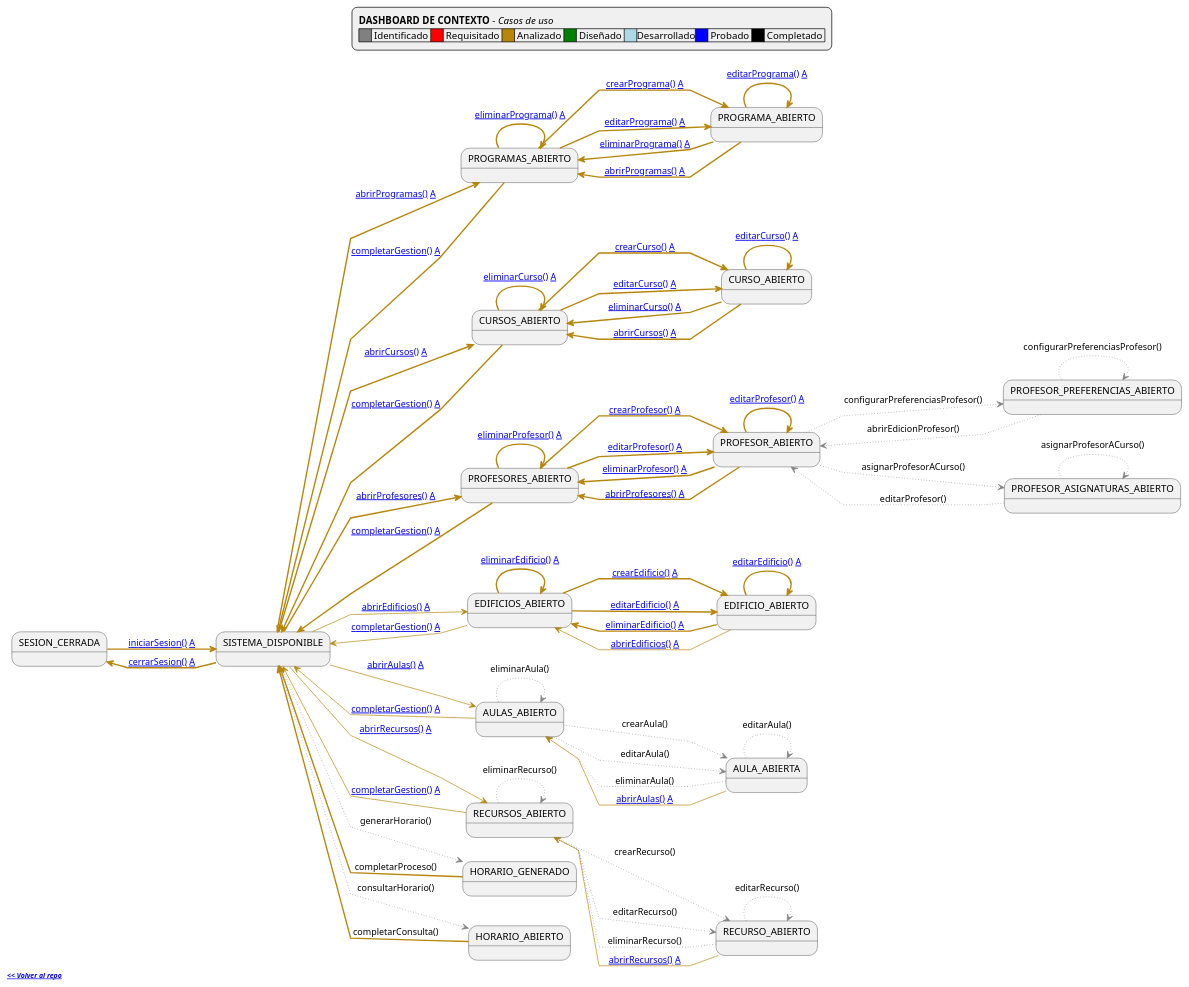
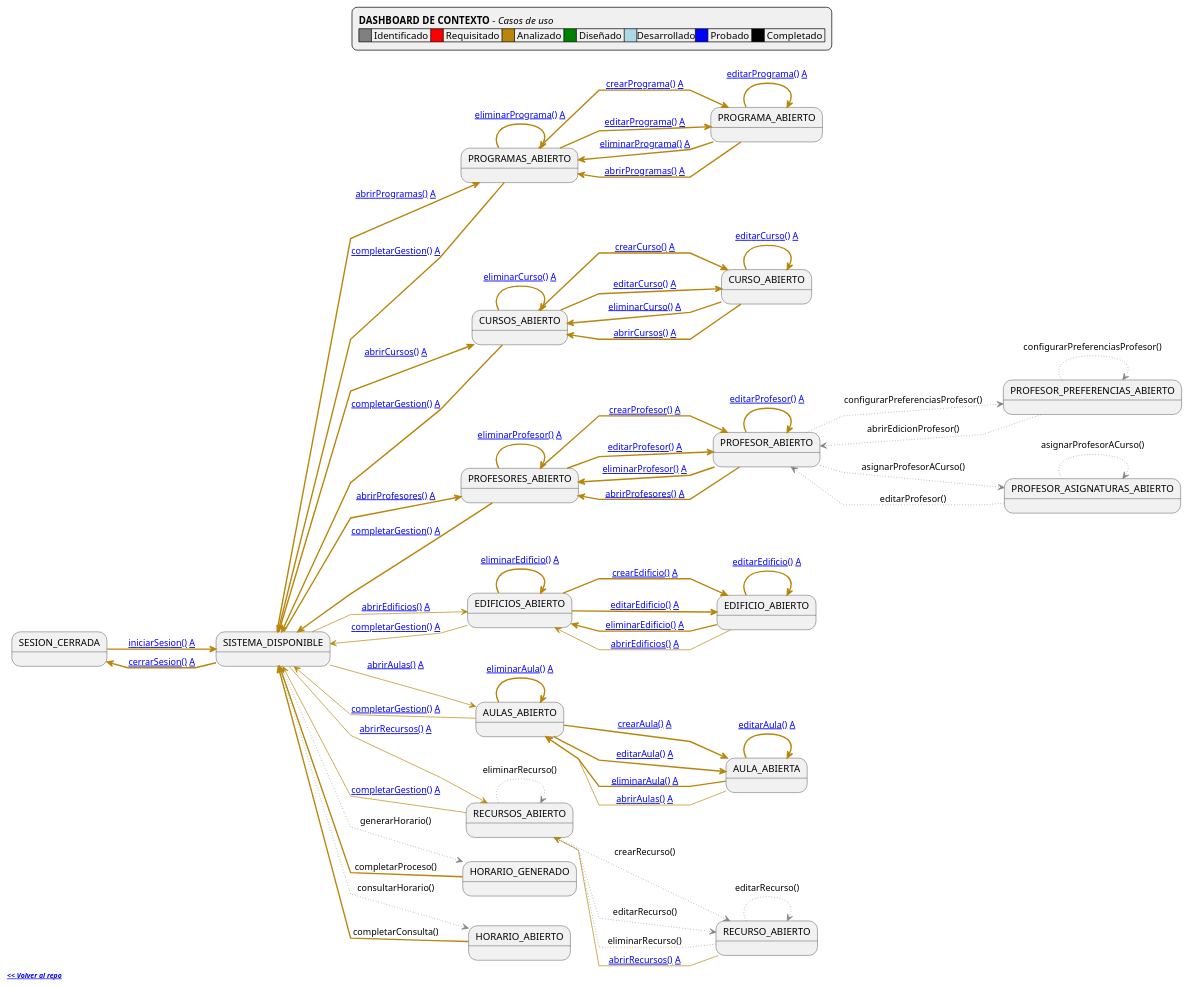
The diagram in RUP/99-seguimiento/diagrama-contexto-administrador.puml (Hexcss/scheduler), drawn with PlantUML before and after one commit. The commit also changed 1 other file, not shown here.

Commit message:
fix(dashboard): actualizar diagrama de contexto con hilo Aulas completado
- Actualizar transiciones del hilo Aulas de gris a #darkgoldenrod,bold
- Agregar enlaces absolutos completos para navegación GitHub
- Mantener consistencia visual con patrón establecido en hilo Edificios
- SVG regenerado para dashboard visual actualizado

🤖 Generated with [Claude Code](https://claude.ai/code)

```diff
--- a/RUP/99-seguimiento/diagrama-contexto-administrador.puml
+++ b/RUP/99-seguimiento/diagrama-contexto-administrador.puml
@@ -92,11 +92,11 @@
 EditEdificio -[#darkgoldenrod,bold]-> EditEdificio: [[https://github.com/mmasias/pySigHor/blob/main/RUP/00-casos-uso/02-detalle/editarEdificio/README.md editarEdificio()]] [[https://github.com/mmasias/pySigHor/blob/main/RUP/01-analisis/casos-uso/editarEdificio/README.md A]]
 EditEdificio -[#darkgoldenrod,bold]-> ListEdificios: [[https://github.com/mmasias/pySigHor/blob/main/RUP/00-casos-uso/02-detalle/eliminarEdificio/README.md eliminarEdificio()]] [[https://github.com/mmasias/pySigHor/blob/main/RUP/01-analisis/casos-uso/eliminarEdificio/README.md A]]
 EditEdificio -[#darkgoldenrod]-> ListEdificios: [[https://github.com/mmasias/pySigHor/blob/main/RUP/00-casos-uso/02-detalle/abrirEdificios/README.md abrirEdificios()]] [[https://github.com/mmasias/pySigHor/blob/main/RUP/01-analisis/casos-uso/abrirEdificios/README.md A]]
-ListAulas -[#gray,dotted]-> EditAula: crearAula()
-ListAulas -[#gray,dotted]-> EditAula: editarAula()
-ListAulas -[#gray,dotted]-> ListAulas: eliminarAula()
-EditAula -[#gray,dotted]-> EditAula: editarAula()
-EditAula -[#gray,dotted]-> ListAulas: eliminarAula()
+ListAulas -[#darkgoldenrod,bold]-> EditAula: [[https://github.com/mmasias/pySigHor/blob/main/RUP/00-casos-uso/02-detalle/crearAula/README.md crearAula()]] [[https://github.com/mmasias/pySigHor/blob/main/RUP/01-analisis/casos-uso/crearAula/README.md A]]
+ListAulas -[#darkgoldenrod,bold]-> EditAula: [[https://github.com/mmasias/pySigHor/blob/main/RUP/00-casos-uso/02-detalle/editarAula/README.md editarAula()]] [[https://github.com/mmasias/pySigHor/blob/main/RUP/01-analisis/casos-uso/editarAula/README.md A]]
+ListAulas -[#darkgoldenrod,bold]-> ListAulas: [[https://github.com/mmasias/pySigHor/blob/main/RUP/00-casos-uso/02-detalle/eliminarAula/README.md eliminarAula()]] [[https://github.com/mmasias/pySigHor/blob/main/RUP/01-analisis/casos-uso/eliminarAula/README.md A]]
+EditAula -[#darkgoldenrod,bold]-> EditAula: [[https://github.com/mmasias/pySigHor/blob/main/RUP/00-casos-uso/02-detalle/editarAula/README.md editarAula()]] [[https://github.com/mmasias/pySigHor/blob/main/RUP/01-analisis/casos-uso/editarAula/README.md A]]
+EditAula -[#darkgoldenrod,bold]-> ListAulas: [[https://github.com/mmasias/pySigHor/blob/main/RUP/00-casos-uso/02-detalle/eliminarAula/README.md eliminarAula()]] [[https://github.com/mmasias/pySigHor/blob/main/RUP/01-analisis/casos-uso/eliminarAula/README.md A]]
 EditAula -[#darkgoldenrod]-> ListAulas: [[https://github.com/mmasias/pySigHor/blob/main/RUP/00-casos-uso/02-detalle/abrirAulas/README.md abrirAulas()]] [[https://github.com/mmasias/pySigHor/blob/main/RUP/01-analisis/casos-uso/abrirAulas/README.md A]]
 ListRecursos -[#gray,dotted]-> EditRecurso: crearRecurso()
 ListRecursos -[#gray,dotted]-> EditRecurso: editarRecurso()
```
